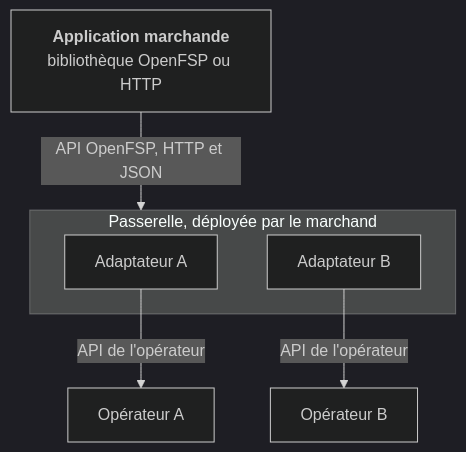
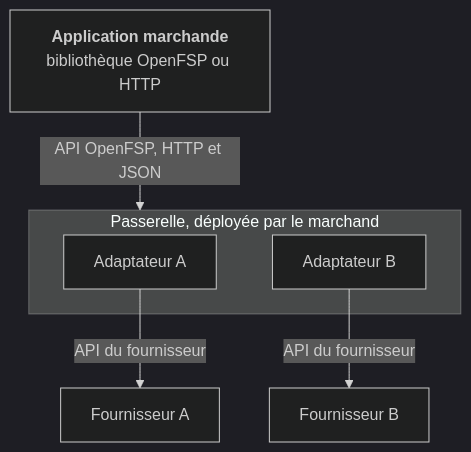
One commit to openfspht/openfsp.org changed the diagram in content/docs/gateway.mdx. Above: the diagram before and after it, drawn with Mermaid (dark theme). The commit also changed other lines of this file and 14 other files, not shown here.

````diff
--- a/content/docs/gateway.mdx
+++ b/content/docs/gateway.mdx
@@ -23,13 +23,13 @@
 ```mermaid
 flowchart TD
     A["<b>Application marchande</b><br/>bibliothèque OpenFSP ou HTTP"]
     subgraph G["Passerelle, déployée par le marchand"]
         AD1["Adaptateur A"]
         AD2["Adaptateur B"]
     end
-    P1["Opérateur A"]
-    P2["Opérateur B"]
+    P1["Fournisseur A"]
+    P2["Fournisseur B"]
     A -- "API OpenFSP, HTTP et JSON" --> G
-    AD1 -- "API de l'opérateur" --> P1
-    AD2 -- "API de l'opérateur" --> P2
+    AD1 -- "API du fournisseur" --> P1
+    AD2 -- "API du fournisseur" --> P2
 ```
````
